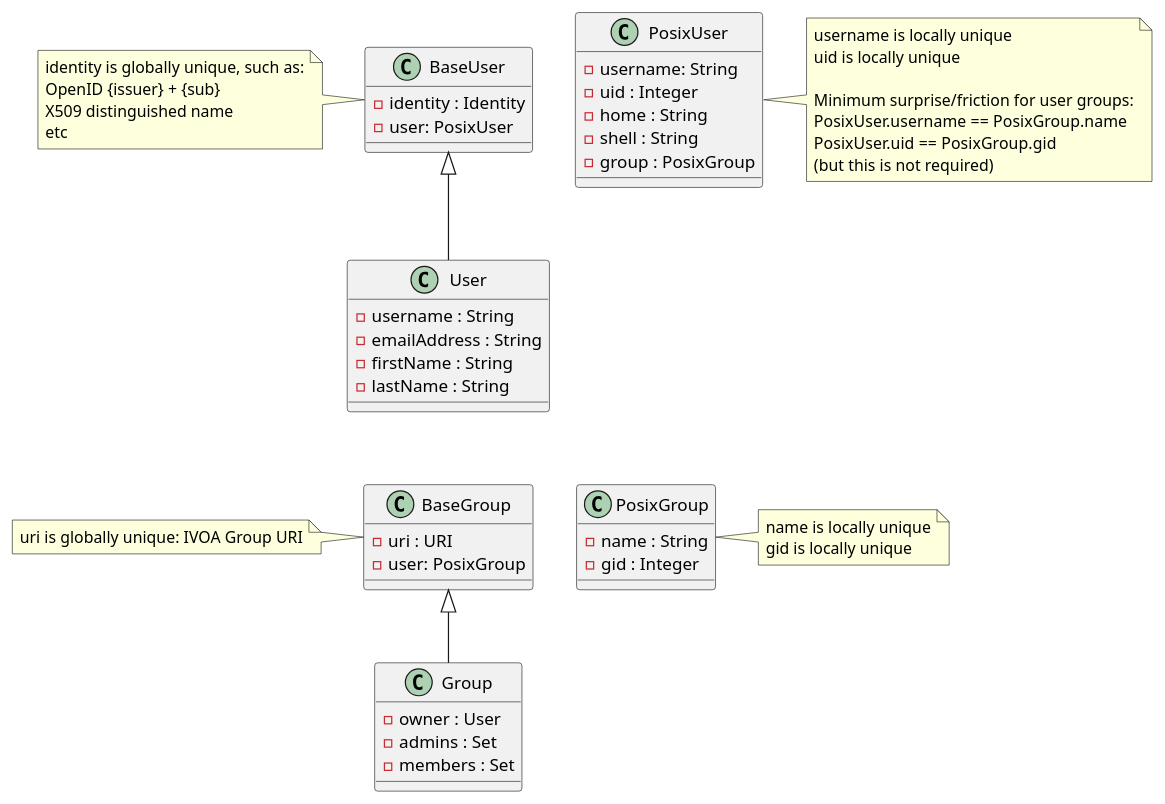
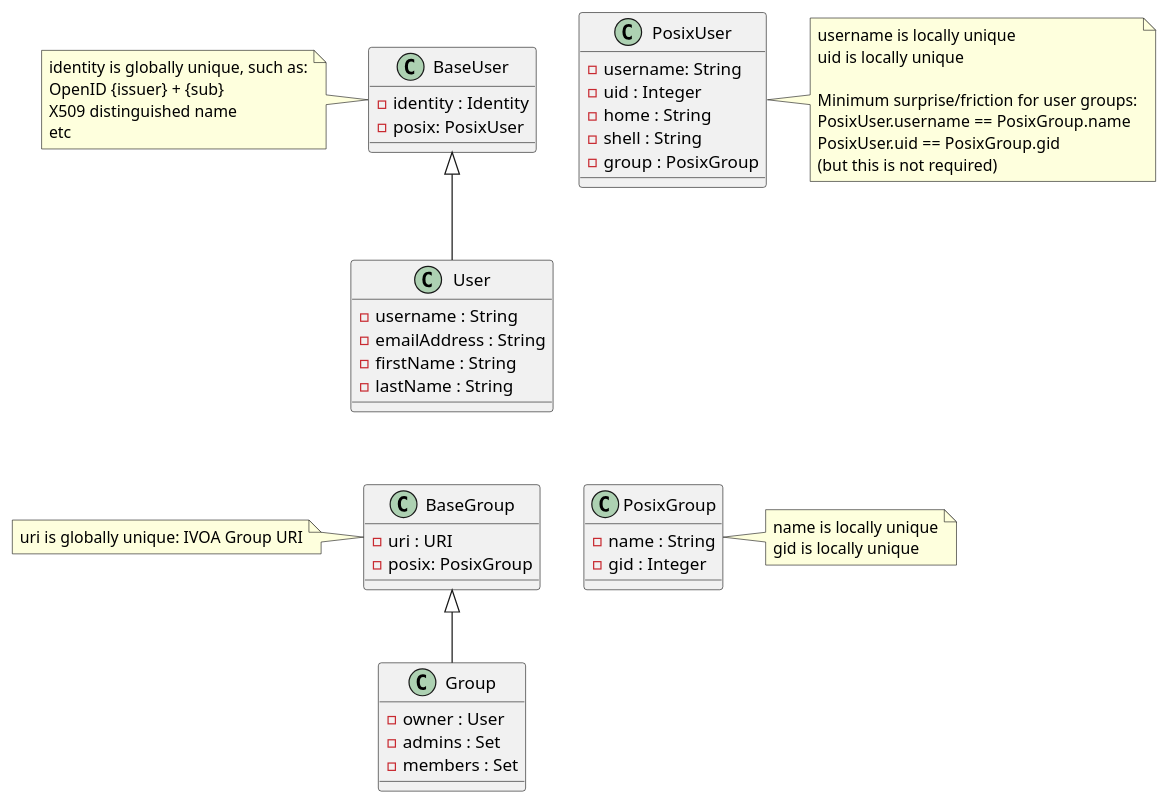
Before and after one commit to pdowler/ac: the diagram in data-model/posix-details.puml, drawn with PlantUML. The commit also changed 1 other file, not shown here.

```diff
--- a/data-model/posix-details.puml
+++ b/data-model/posix-details.puml
@@ -1,70 +1,70 @@
 @startuml
 
 top to bottom direction
 
 class PosixUser {
   - username: String
   - uid : Integer
   - home : String
   - shell : String
   - group : PosixGroup
 }
 PosixUser -l[hidden]-> BaseUser
 note right of PosixUser
   username is locally unique
   uid is locally unique
   
   Minimum surprise/friction for user groups:
   PosixUser.username == PosixGroup.name
   PosixUser.uid == PosixGroup.gid
   (but this is not required)
 end note
 
 class PosixGroup {
   - name : String
   - gid : Integer
 }
 PosixGroup -l[hidden]-> BaseGroup
 note right of PosixGroup
   name is locally unique
   gid is locally unique
 end note
 
 class BaseUser {
   - identity : Identity
-  - user: PosixUser
+  - posix: PosixUser
 }
 note left of BaseUser
   identity is globally unique, such as:
   OpenID {issuer} + {sub}
   X509 distinguished name
   etc
 end note
 
 class User {
   - username : String
   - emailAddress : String
   - firstName : String
   - lastName : String
 }
 BaseUser <|-- User
 'unused: User -u[hidden]-> BaseUser
 
 class BaseGroup {
   - uri : URI
-  - user: PosixGroup
+  - posix: PosixGroup
 }
 BaseGroup -u[hidden]-> User
 note left of BaseGroup
   uri is globally unique: IVOA Group URI
 end note
 
 class Group {
   - owner : User
   - admins : Set
   - members : Set
 }
 BaseGroup <|-- Group
 'unused: Group -u[hidden]-> BaseGroup
 
 @enduml
```
